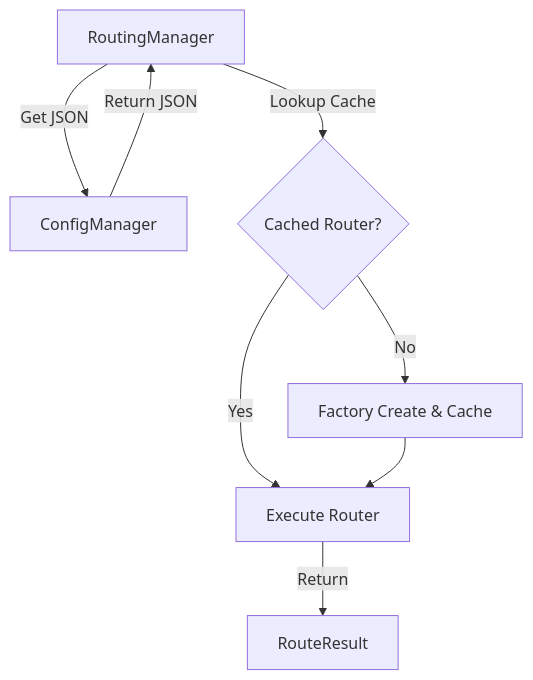
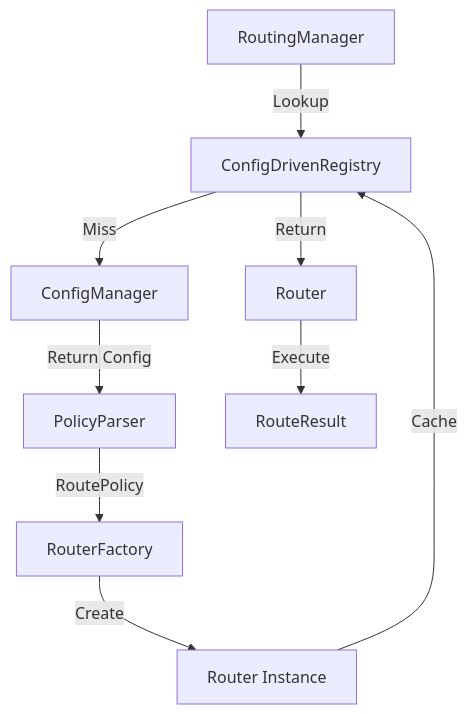
The diagram in team4u-router/README.md (team4u/team4u-framework), drawn with Mermaid before and after one commit. The commit also changed other lines of this file and 7 other files, not shown here.

````diff
--- a/team4u-router/README.md
+++ b/team4u-router/README.md
@@ -270,10 +278,11 @@
 ```mermaid
 graph TD
-    A[RoutingManager] -->|Get JSON| B[ConfigManager]
-    B -->|Return JSON| A
-    A -->|Lookup Cache| C{Cached Router?}
-    C -->|Yes| E[Execute Router]
-    C -->|No| D[Factory Create & Cache]
-    D --> E
-    E -->|Return| F[RouteResult]
+    A[RoutingManager] -->|Lookup| B[ConfigDrivenRegistry]
+    B -->|Miss| C[ConfigManager]
+    C -->|Return Config| D[PolicyParser]
+    D -->|RoutePolicy| E[RouterFactory]
+    E -->|Create| F[Router Instance]
+    F -->|Cache| B
+    B -->|Return| G[Router]
+    G -->|Execute| H[RouteResult]
 ```
````
